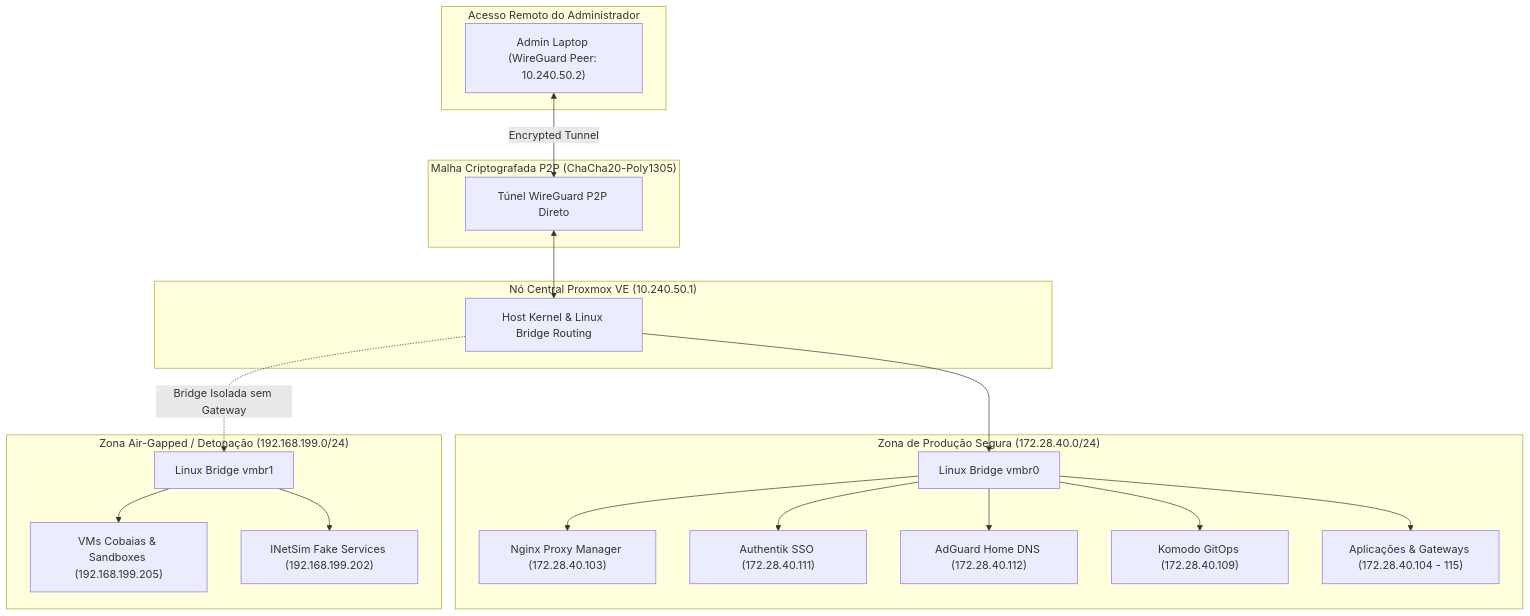
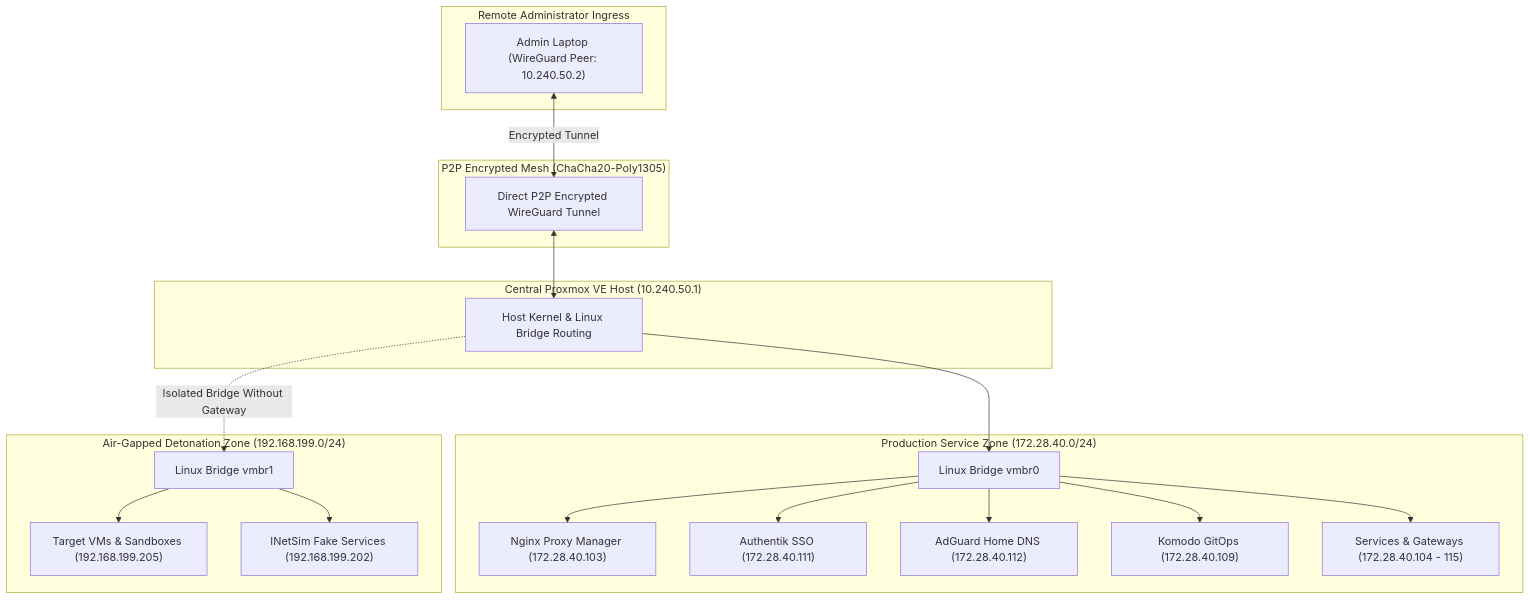
One commit to Lessa-github/homelab-zero-trust-infra changed the diagram in docs/topology.md. Above: the diagram before and after it, drawn with Mermaid. The commit also changed other lines of this file and 16 other files, not shown here.

````diff
--- a/docs/topology.md
+++ b/docs/topology.md
@@ -11,30 +11,30 @@
 ```mermaid
 flowchart TD
-    subgraph EXTERNAL ["Acesso Remoto do Administrador"]
+    subgraph EXTERNAL ["Remote Administrator Ingress"]
         AdminLaptop["Admin Laptop (WireGuard Peer: 10.240.50.2)"]
     end
 
-    subgraph WIREGUARD_OVERLAY ["Malha Criptografada P2P (ChaCha20-Poly1305)"]
-        Tunnel["Túnel WireGuard P2P Direto"]
+    subgraph WIREGUARD_OVERLAY ["P2P Encrypted Mesh (ChaCha20-Poly1305)"]
+        Tunnel["Direct P2P Encrypted WireGuard Tunnel"]
         AdminLaptop <-->|Encrypted Tunnel| Tunnel
     end
 
-    subgraph PROXMOX_HOST ["Nó Central Proxmox VE (10.240.50.1)"]
+    subgraph PROXMOX_HOST ["Central Proxmox VE Host (10.240.50.1)"]
         Tunnel <--> PveHost["Host Kernel & Linux Bridge Routing"]
     end
 
-    subgraph PRODUCTION_ZONE ["Zona de Produção Segura (172.28.40.0/24)"]
+    subgraph PRODUCTION_ZONE ["Production Service Zone (172.28.40.0/24)"]
         PveHost --> Bridge0["Linux Bridge vmbr0"]
         Bridge0 --> NPM["Nginx Proxy Manager (172.28.40.103)"]
         Bridge0 --> AUTH["Authentik SSO (172.28.40.111)"]
         Bridge0 --> ADG["AdGuard Home DNS (172.28.40.112)"]
         Bridge0 --> KOM["Komodo GitOps (172.28.40.109)"]
-        Bridge0 --> APPS["Aplicações & Gateways (172.28.40.104 - 115)"]
+        Bridge0 --> APPS["Services & Gateways (172.28.40.104 - 115)"]
     end
 
-    subgraph AIRGAPPED_ZONE ["Zona Air-Gapped / Detonação (192.168.199.0/24)"]
-        PveHost -.->|Bridge Isolada sem Gateway| Bridge1["Linux Bridge vmbr1"]
-        Bridge1 --> MALWARE["VMs Cobaias & Sandboxes (192.168.199.205)"]
+    subgraph AIRGAPPED_ZONE ["Air-Gapped Detonation Zone (192.168.199.0/24)"]
+        PveHost -.->|Isolated Bridge Without Gateway| Bridge1["Linux Bridge vmbr1"]
+        Bridge1 --> MALWARE["Target VMs & Sandboxes (192.168.199.205)"]
         Bridge1 --> INET["INetSim Fake Services (192.168.199.202)"]
     end
 ```
````
